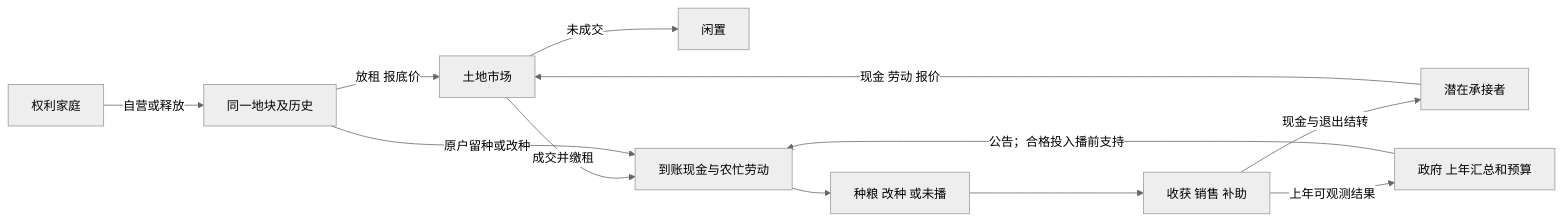
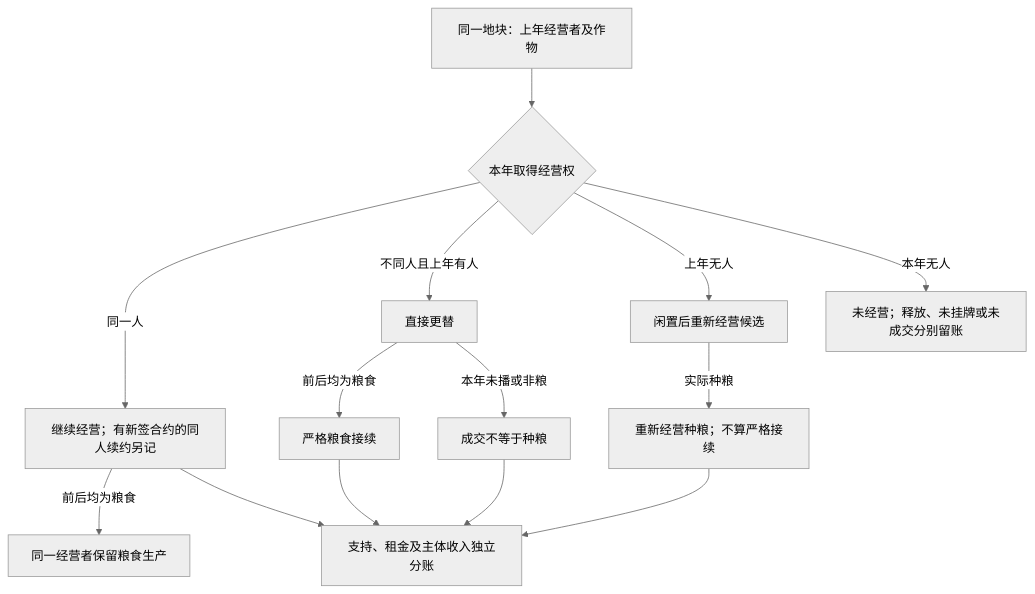
Before and after one commit to DCCAISSON/agricultural-policy-abm: the second of 2 diagrams in docs/土地接续理论模型/ODD+D.md, drawn with Mermaid (neutral theme). The commit also changed other lines of this file and 42 other files, not shown here.

````diff
--- a/docs/土地接续理论模型/ODD+D.md
+++ b/docs/土地接续理论模型/ODD+D.md
@@ -11,14 +40,16 @@
 ```mermaid
-flowchart LR
- H[权利家庭] -->|自营或释放| P[同一地块及历史]
- T[潜在承接者] -->|现金 劳动 报价| M[土地市场]
- P -->|放租 报底价| M
- M -->|未成交| I[闲置]
- M -->|成交并缴租| R[到账现金与农忙劳动]
- P -->|原户留种或改种| R
- G[政府 上年汇总和预算] -->|公告；合格投入播前支持| R
- R --> U[种粮 改种 或未播]
- U --> S[收获 销售 补助]
- S -->|现金与退出结转| T
- S -->|上年可观测结果| G
+flowchart TD
+  L[同一地块：上年经营者及作物] --> T{本年取得经营权}
+  T -->|同一人| S[继续经营；有新签合约的同人续约另记]
+  T -->|不同人且上年有人| C[直接更替]
+  T -->|上年无人| R[闲置后重新经营候选]
+  T -->|本年无人| I[未经营；释放、未挂牌或未成交分别留账]
+  C -->|前后均为粮食| G[严格粮食接续]
+  C -->|本年未播或非粮| N[成交不等于种粮]
+  S -->|前后均为粮食| K[同一经营者保留粮食生产]
+  R -->|实际种粮| M[重新经营种粮；不算严格接续]
+  S --> F[支持、租金及主体收入独立分账]
+  G --> F
+  M --> F
+  N --> F
 ```
````
